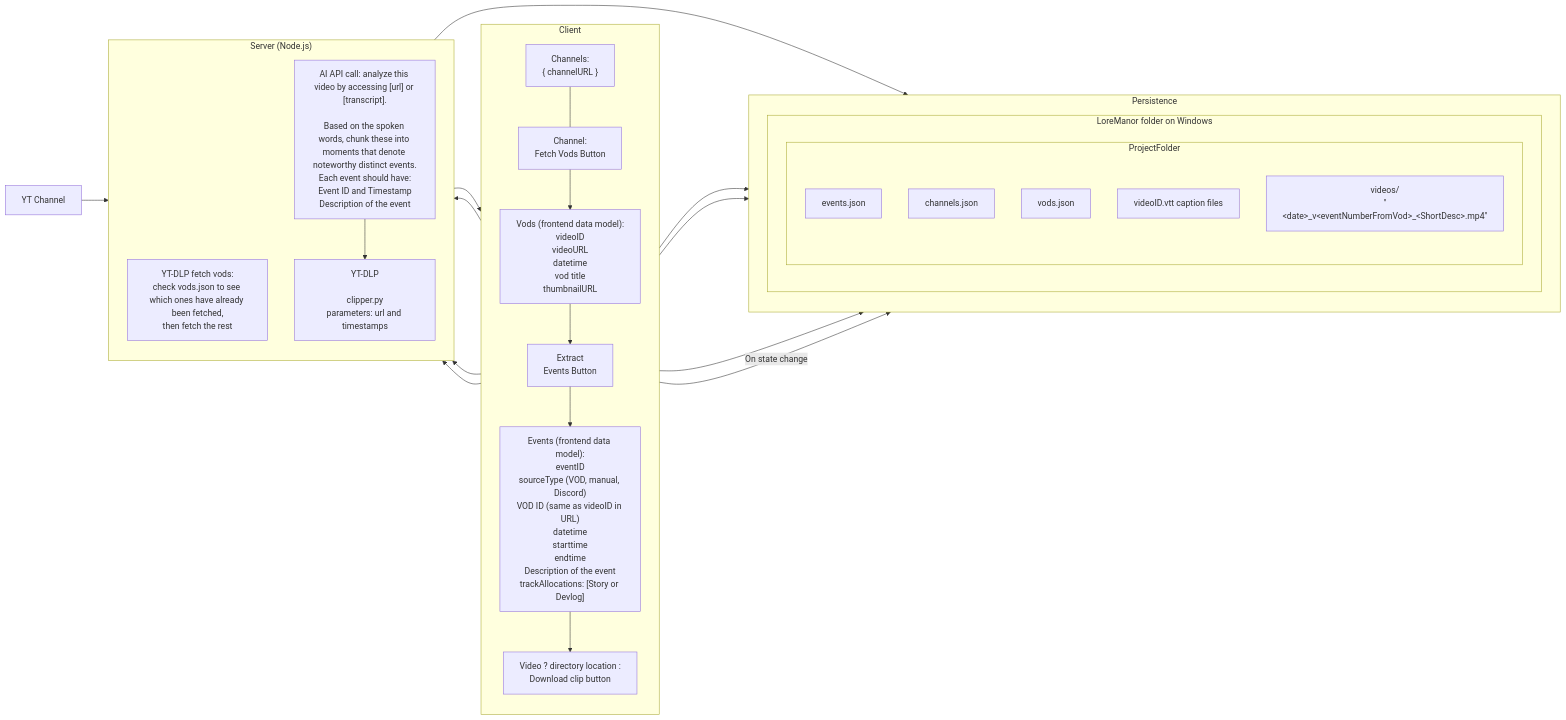
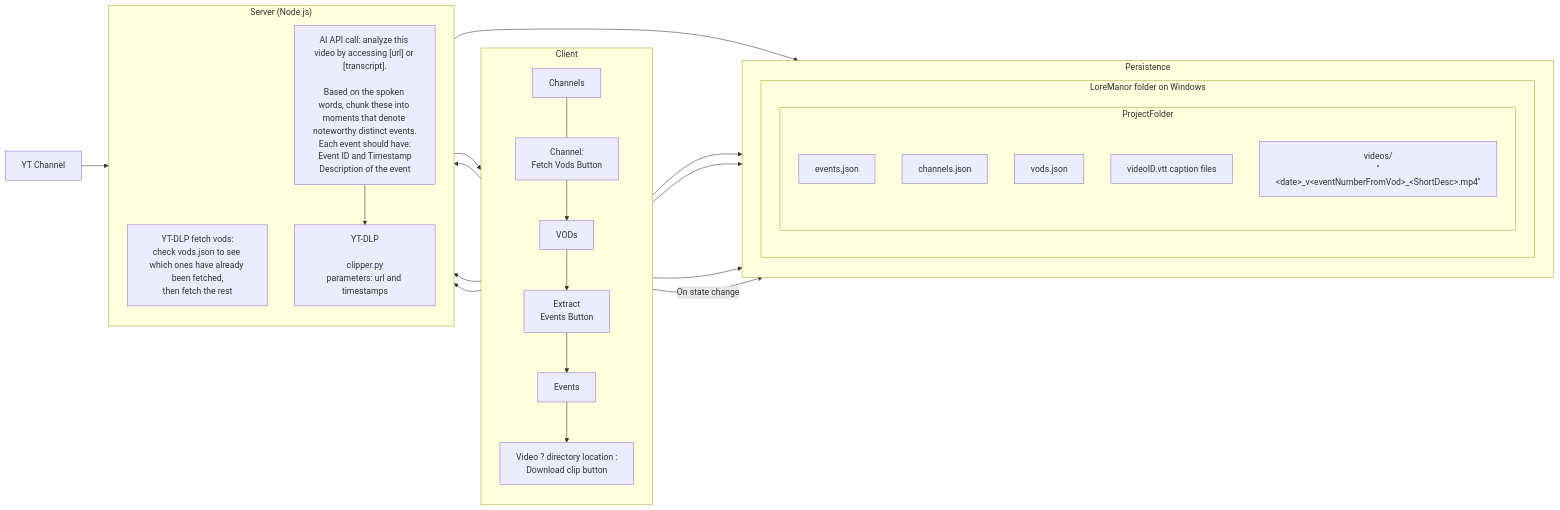
One commit to JohnS333/LoreManor changed the diagram in README.md. Above: the diagram before and after it, drawn with Mermaid. The commit also changed other lines of this file, not shown here.

Commit message:
data model in readme

````diff
--- a/README.md
+++ b/README.md
@@ -17,54 +58,54 @@
 ```mermaid
 flowchart LR
     subgraph Client
         direction TB
-        channelInput["Channels:<br/>{ channelURL }"]
+        channelInput["Channels"]
         fetchVods["Channel:<br/>Fetch Vods Button"]
-        vods["Vods (frontend data model):<br/>videoID<br/>videoURL<br/>datetime<br/>vod title<br/>thumbnailURL"]
+        vods["VODs"]
         extractEvents["Extract<br/>Events Button"]
-        events["Events (frontend data model):<br/>eventID<br/>sourceType (VOD, manual, Discord)<br/>VOD ID (same as videoID in URL)<br/>datetime<br/>starttime<br/>endtime<br/>Description of the event<br/>trackAllocations: [Story or Devlog]"]
+        events["Events"]
         downloadClip["Video ? directory location : <br/> Download clip button"]
 
         channelInput --- fetchVods
         fetchVods --> vods
         vods --> extractEvents
         extractEvents --> events
         events --> downloadClip
     end
 
     subgraph Server["Server (Node.js)"]
         direction TB
         fetchVodData["YT-DLP fetch vods:<br/>check vods.json to see which ones have already been fetched,<br/>then fetch the rest"]
         analyzeVideo["AI API call: analyze this video by accessing [url] or [transcript].<br/><br/>Based on the spoken words, chunk these into moments that denote noteworthy distinct events.<br/>Each event should have:<br/>Event ID and Timestamp<br/>Description of the event"]
         clipper["YT-DLP<br/><br/>clipper.py<br/>parameters: url and timestamps"]
     end
 
     ytChannel["YT Channel"]
 
     subgraph Persistence["Persistence"]
         direction TB
         subgraph LoreManor["LoreManor folder on Windows"]
             direction TB
             subgraph ProjectFolder
                 direction TB
                 eventsJson["events.json"]
                 channelsJson["channels.json"]
                 vodsJson["vods.json"]
                 captions["videoID.vtt caption files"]
                 videos["videos/<br/>&quot;&lt;date&gt;_v&lt;eventNumberFromVod&gt;_&lt;ShortDesc&gt;.mp4&quot;"]
             end
         end
     end
 
     ytChannel --> fetchVodData
     fetchVods --> fetchVodData
     fetchVodData --> vods
     vods --> vodsJson
     extractEvents --> analyzeVideo
     analyzeVideo --> clipper
     events --> eventsJson
     channelInput --> channelsJson
     events -->|On state change| eventsJson
     clipper --> videos
     downloadClip --> clipper
 ```
````
